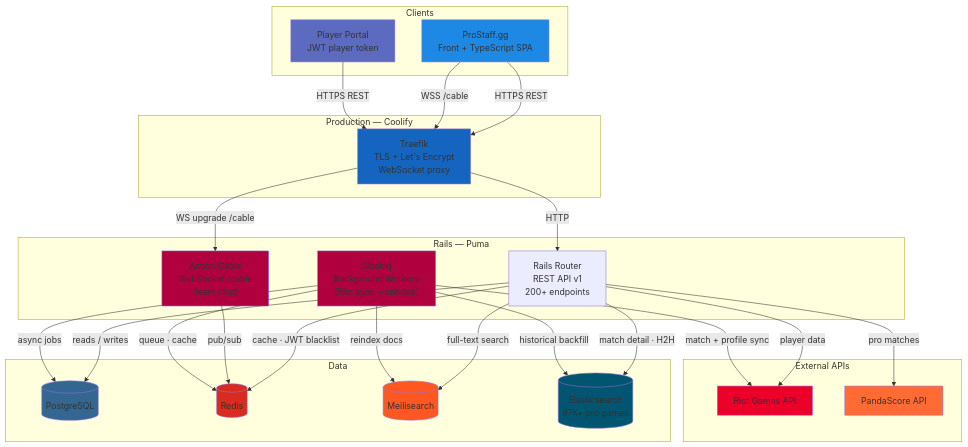
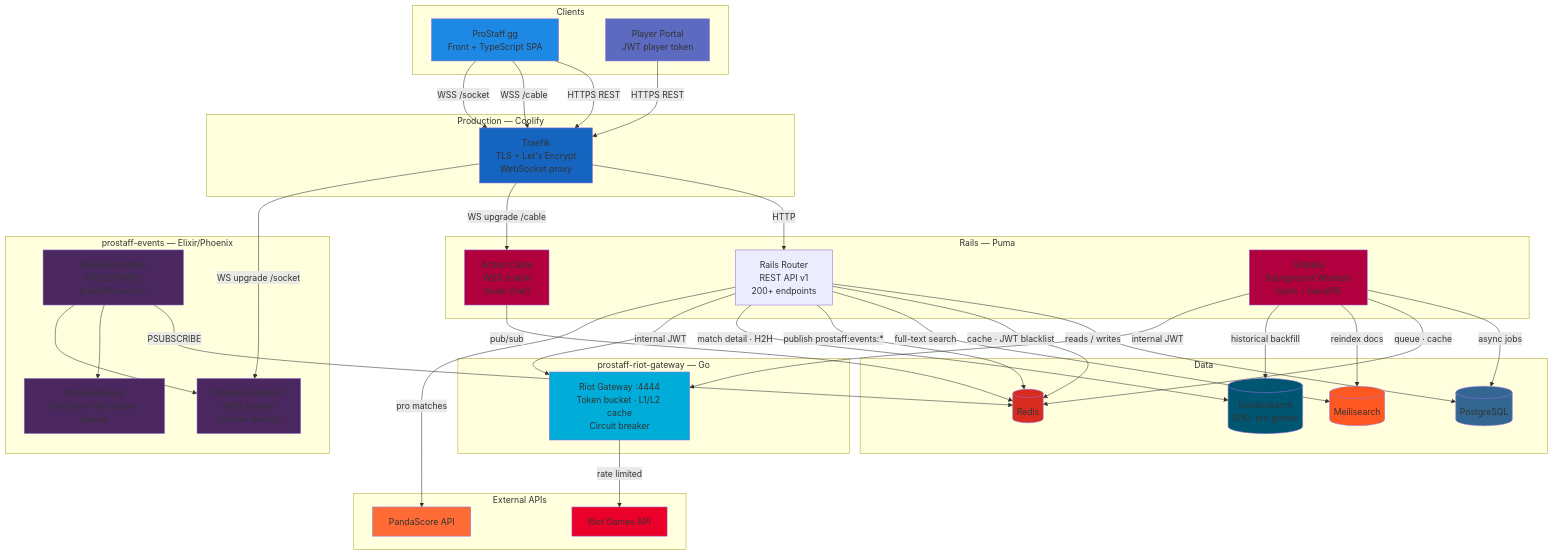
One commit to Bulletdev/prostaff-api changed the second of 2 diagrams in README.md. Above: the diagram before and after it, drawn with Mermaid. The commit also changed other lines of this file, not shown here.

Commit message:
docs: update architecture and dataflow

```diff
--- a/README.md
+++ b/README.md
@@ -1175,9 +1186,19 @@
     end
 
     subgraph "Rails — Puma"
-        Cable["Action Cable<br/>WebSocket /cable<br/>(team chat)"]
+        Cable["Action Cable<br/>WSS /cable<br/>(team chat)"]
         Router["Rails Router<br/>REST API v1<br/>200+ endpoints"]
-        Sidekiq["Sidekiq<br/>Background Workers<br/>(Riot sync + reindex)"]
+        Sidekiq["Sidekiq<br/>Background Workers<br/>(sync + backfill)"]
+    end
+
+    subgraph "prostaff-events — Elixir/Phoenix"
+        PhoenixEndpoint["Phoenix Endpoint<br/>WSS /socket<br/>(domain events)"]
+        RedisSub["RedisSubscriber<br/>PSUBSCRIBE prostaff:events:*"]
+        InhouseQ["InhouseQueue<br/>GenServer per active queue"]
+    end
+
+    subgraph "prostaff-riot-gateway — Go"
+        Gateway["Riot Gateway :4444<br/>Token bucket · L1/L2 cache<br/>Circuit breaker"]
     end
 
     subgraph "Data"
@@ -1194,30 +1215,42 @@
 
     FrontendApp -- "HTTPS REST" --> Traefik
     FrontendApp -- "WSS /cable" --> Traefik
+    FrontendApp -- "WSS /socket" --> Traefik
     PlayerPortal -- "HTTPS REST" --> Traefik
 
     Traefik -- "HTTP" --> Router
     Traefik -- "WS upgrade /cable" --> Cable
+    Traefik -- "WS upgrade /socket" --> PhoenixEndpoint
 
     Router -- "reads / writes" --> PG
     Router -- "cache · JWT blacklist" --> RD
     Router -- "full-text search" --> Meili
+    Router -- "publish prostaff:events:*" --> RD
+    Router -- "match detail · H2H" --> ES
+    Router -- "internal JWT" --> Gateway
     Cable -- "pub/sub" --> RD
     Sidekiq -- "async jobs" --> PG
     Sidekiq -- "queue · cache" --> RD
     Sidekiq -- "reindex docs" --> Meili
+    Sidekiq -- "historical backfill" --> ES
+    Sidekiq -- "internal JWT" --> Gateway
 
-    Router -- "player data" --> RiotAPI
-    Sidekiq -- "match + profile sync" --> RiotAPI
+    RedisSub -- "PSUBSCRIBE" --> RD
+    RedisSub --> InhouseQ
+    RedisSub --> PhoenixEndpoint
+
+    Gateway -- "rate limited" --> RiotAPI
     Router -- "pro matches" --> PandaScore
-    Router -- "match detail · H2H" --> ES
-    Sidekiq -- "historical backfill" --> ES
 
     style FrontendApp fill:#1e88e5
     style PlayerPortal fill:#5c6bc0
     style Traefik fill:#1565c0
     style Cable fill:#b1003e
     style Sidekiq fill:#b1003e
+    style PhoenixEndpoint fill:#4B275F
+    style RedisSub fill:#4B275F
+    style InhouseQ fill:#4B275F
+    style Gateway fill:#00ADD8
     style PG fill:#336791
     style RD fill:#d82c20
     style Meili fill:#ff5722
```
